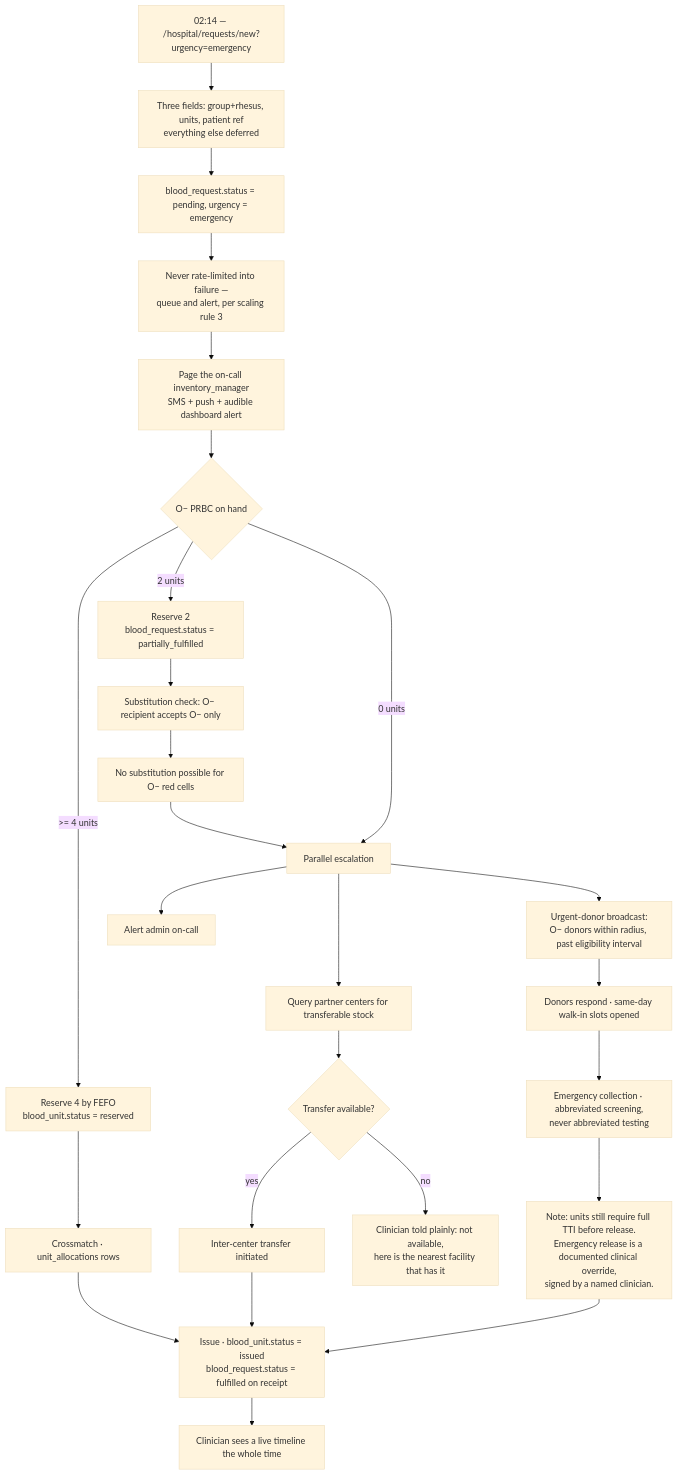
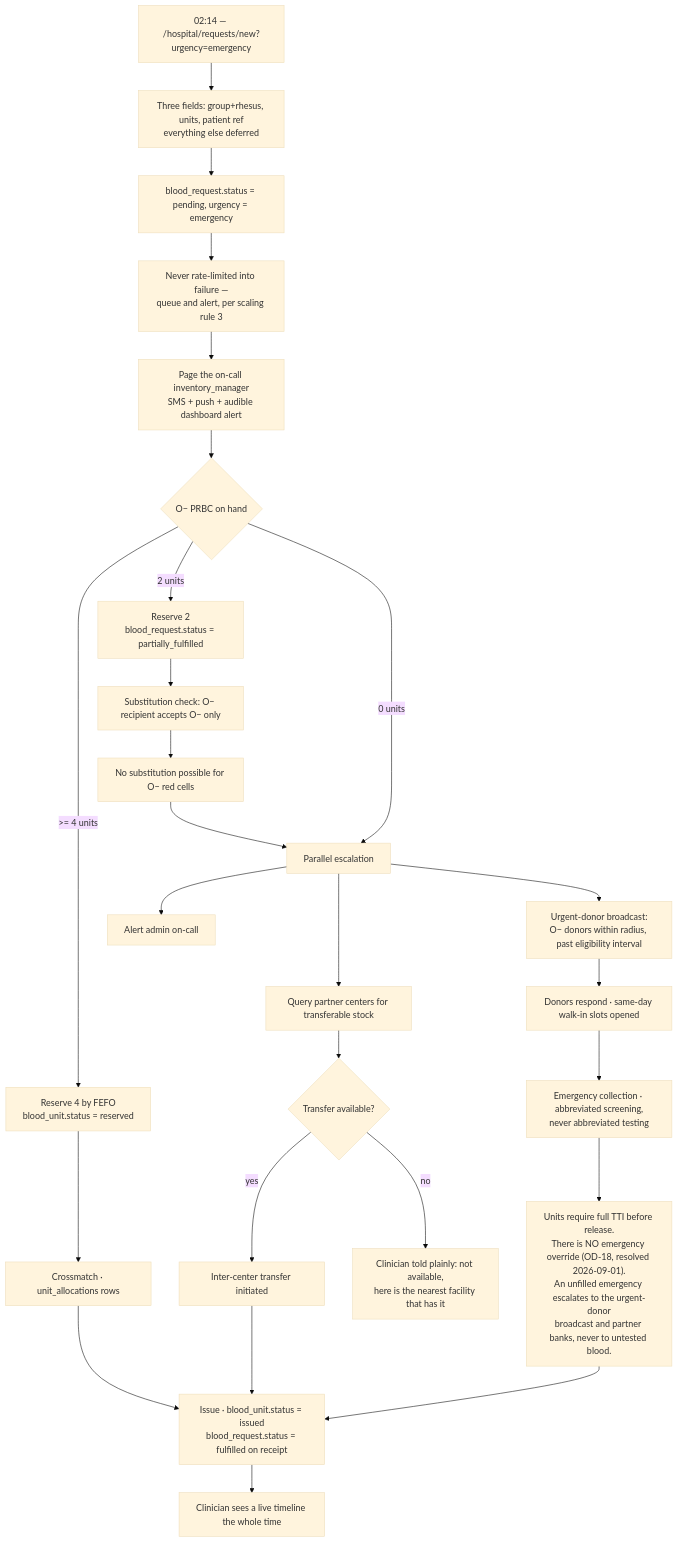
Before and after one commit to Gambi18/BBank: diagram 13 of 16 in docs/USER_JOURNEY.md, drawn with Mermaid (base theme). The commit also changed other lines of this file and 9 other files, not shown here.

````diff
--- a/docs/USER_JOURNEY.md
+++ b/docs/USER_JOURNEY.md
@@ -761,32 +761,32 @@
 ```mermaid
 flowchart TD
     A["02:14 — /hospital/requests/new?urgency=emergency"] --> B["Three fields: group+rhesus, units, patient ref<br/>everything else deferred"]
     B --> C["blood_request.status = pending, urgency = emergency"]
     C --> D["Never rate-limited into failure —<br/>queue and alert, per scaling rule 3"]
     D --> E["Page the on-call inventory_manager<br/>SMS + push + audible dashboard alert"]
     E --> F{"O− PRBC on hand"}
 
     F -->|">= 4 units"| G["Reserve 4 by FEFO<br/>blood_unit.status = reserved"]
     G --> H["Crossmatch · unit_allocations rows"]
     H --> I["Issue · blood_unit.status = issued<br/>blood_request.status = fulfilled on receipt"]
 
     F -->|"2 units"| J["Reserve 2<br/>blood_request.status = partially_fulfilled"]
     J --> K["Substitution check: O− recipient accepts O− only"]
     K --> L["No substitution possible for O− red cells"]
     L --> M["Parallel escalation"]
 
     F -->|"0 units"| M
 
     M --> N["Urgent-donor broadcast:<br/>O− donors within radius, past eligibility interval"]
     M --> O["Query partner centers for transferable stock"]
     M --> P["Alert admin on-call"]
     N --> Q["Donors respond · same-day walk-in slots opened"]
     O --> R{"Transfer available?"}
     R -->|yes| S["Inter-center transfer initiated"]
     R -->|no| T["Clinician told plainly: not available,<br/>here is the nearest facility that has it"]
     Q --> U["Emergency collection · abbreviated screening,<br/>never abbreviated testing"]
     S --> I
-    U --> V["Note: units still require full TTI before release.<br/>Emergency release is a documented clinical override,<br/>signed by a named clinician."]
+    U --> V["Units require full TTI before release.<br/>There is NO emergency override (OD-18, resolved 2026-09-01).<br/>An unfilled emergency escalates to the urgent-donor<br/>broadcast and partner banks, never to untested blood."]
     V --> I
     I --> W["Clinician sees a live timeline the whole time"]
 ```
````
